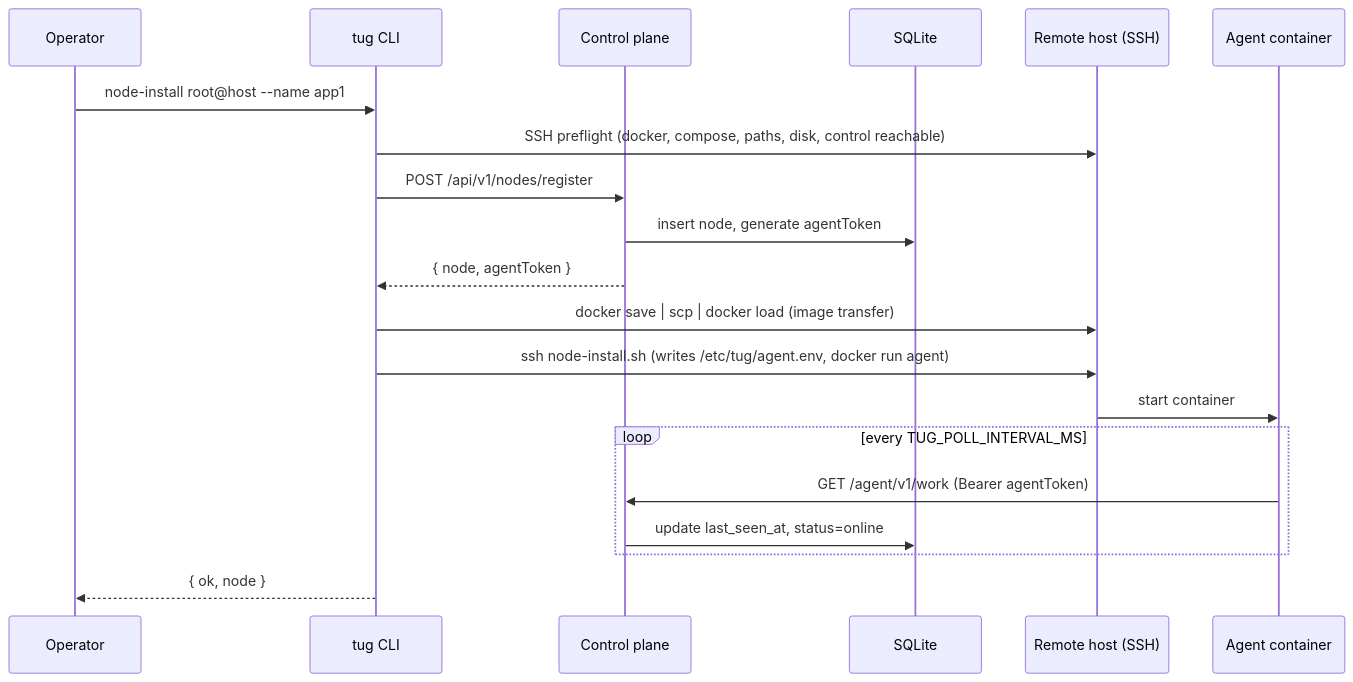
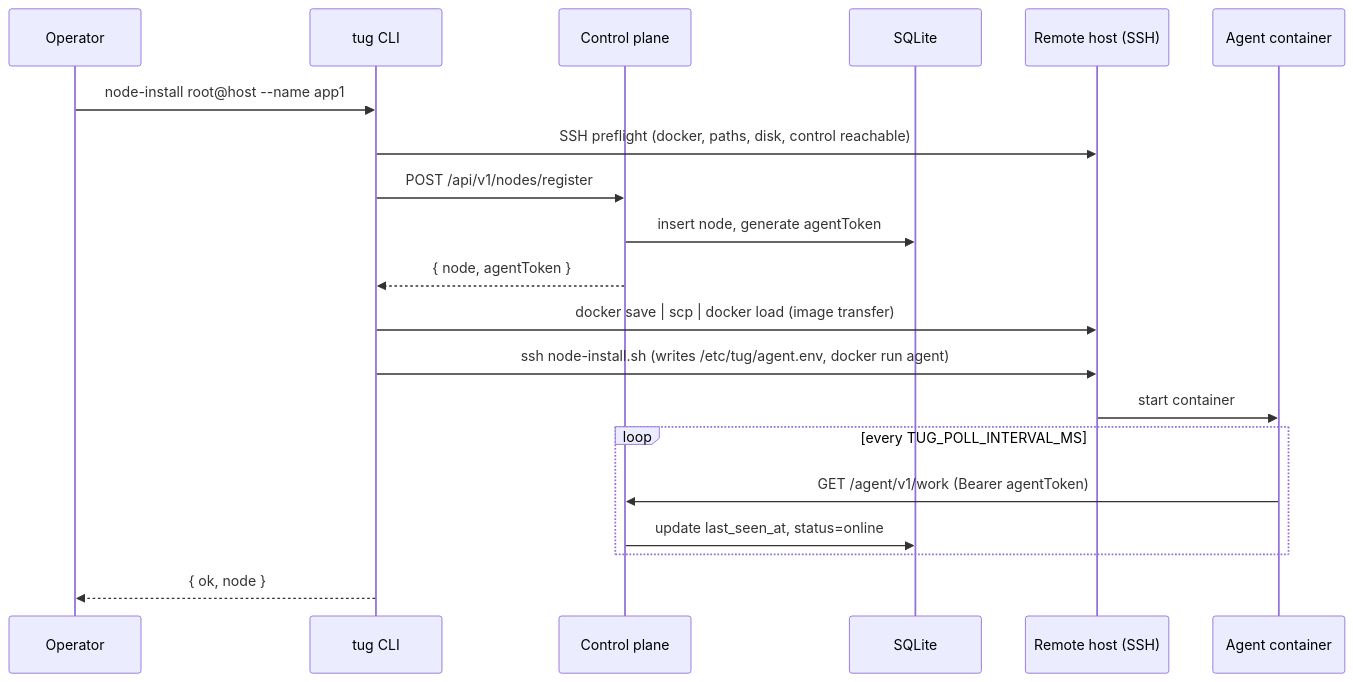
One commit to wpelevator/tug changed the first of 5 diagrams in docs/architecture.md. Above: the diagram before and after it, drawn with Mermaid. The commit also changed other lines of this file and 3 other files, not shown here.

````diff
--- a/docs/architecture.md
+++ b/docs/architecture.md
@@ -62,23 +62,23 @@
 ```mermaid
 sequenceDiagram
     participant Op as Operator
     participant CLI as tug CLI
     participant Ctrl as Control plane
     participant DB as SQLite
     participant Host as Remote host (SSH)
     participant Agent as Agent container
 
     Op->>CLI: node-install root@host --name app1
-    CLI->>Host: SSH preflight (docker, compose, paths, disk, control reachable)
+    CLI->>Host: SSH preflight (docker, paths, disk, control reachable)
     CLI->>Ctrl: POST /api/v1/nodes/register
     Ctrl->>DB: insert node, generate agentToken
     Ctrl-->>CLI: { node, agentToken }
     CLI->>Host: docker save | scp | docker load (image transfer)
     CLI->>Host: ssh node-install.sh (writes /etc/tug/agent.env, docker run agent)
     Host->>Agent: start container
     loop every TUG_POLL_INTERVAL_MS
         Agent->>Ctrl: GET /agent/v1/work (Bearer agentToken)
         Ctrl->>DB: update last_seen_at, status=online
     end
     CLI-->>Op: { ok, node }
 ```
````
